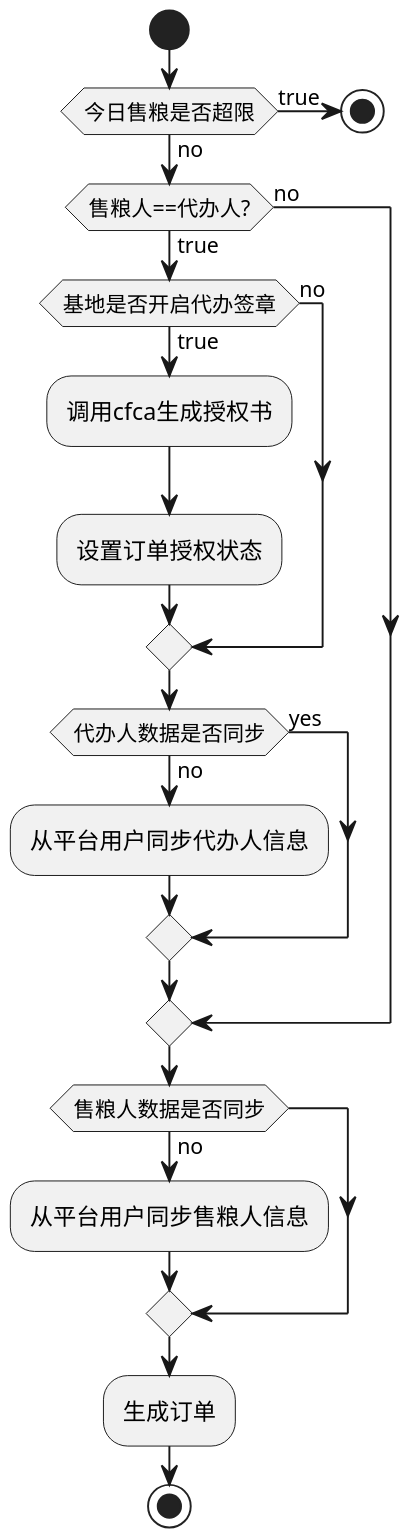
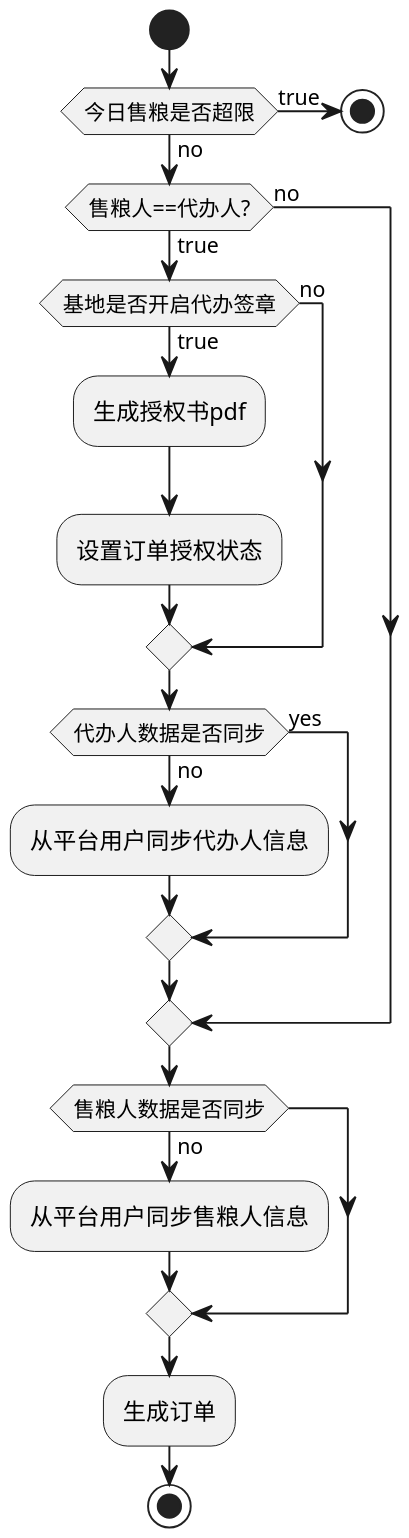
One commit to zhaoshg/javatest changed the diagram in plantuml/activityTest.puml. Above: the diagram before and after it, drawn with PlantUML. The commit also changed 1 other file, not shown here.

Commit message:
状态图

```diff
--- a/plantuml/activityTest.puml
+++ b/plantuml/activityTest.puml
@@ -1,26 +1,28 @@
 @startuml
 'https://plantuml.com/activity-diagram-beta
 scale 450 width
 start
 if(今日售粮是否超限) then (true)
     stop;
 else (no)
     if(售粮人==代办人?) then (true)
         if(基地是否开启代办签章) then (true)
-            :调用cfca生成授权书;
+            :生成授权书pdf;
+'            note left : 调用cfca
+'            -> 调用cfca接口;
             :设置订单授权状态;
         else (no)
         endif;
         if(代办人数据是否同步) then (no)
             :从平台用户同步代办人信息;
         else (yes)
         endif;
     else (no)
     endif
     if(售粮人数据是否同步) then (no)
         :从平台用户同步售粮人信息;
     endif
     :生成订单;
 stop
 
 @enduml
```
